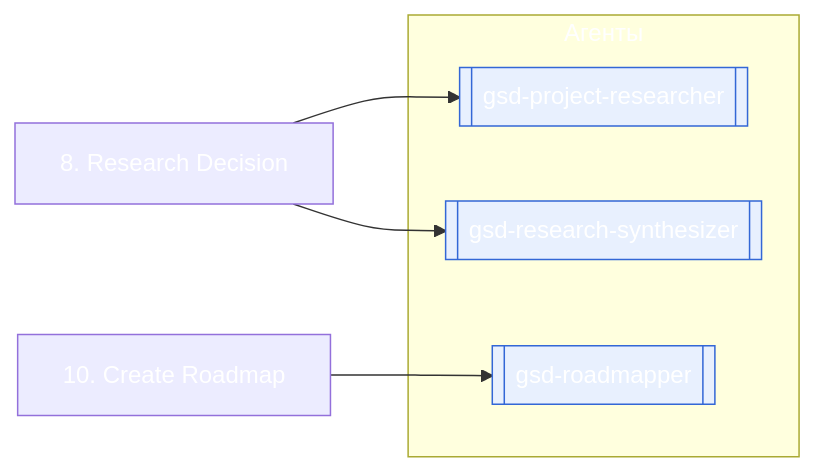
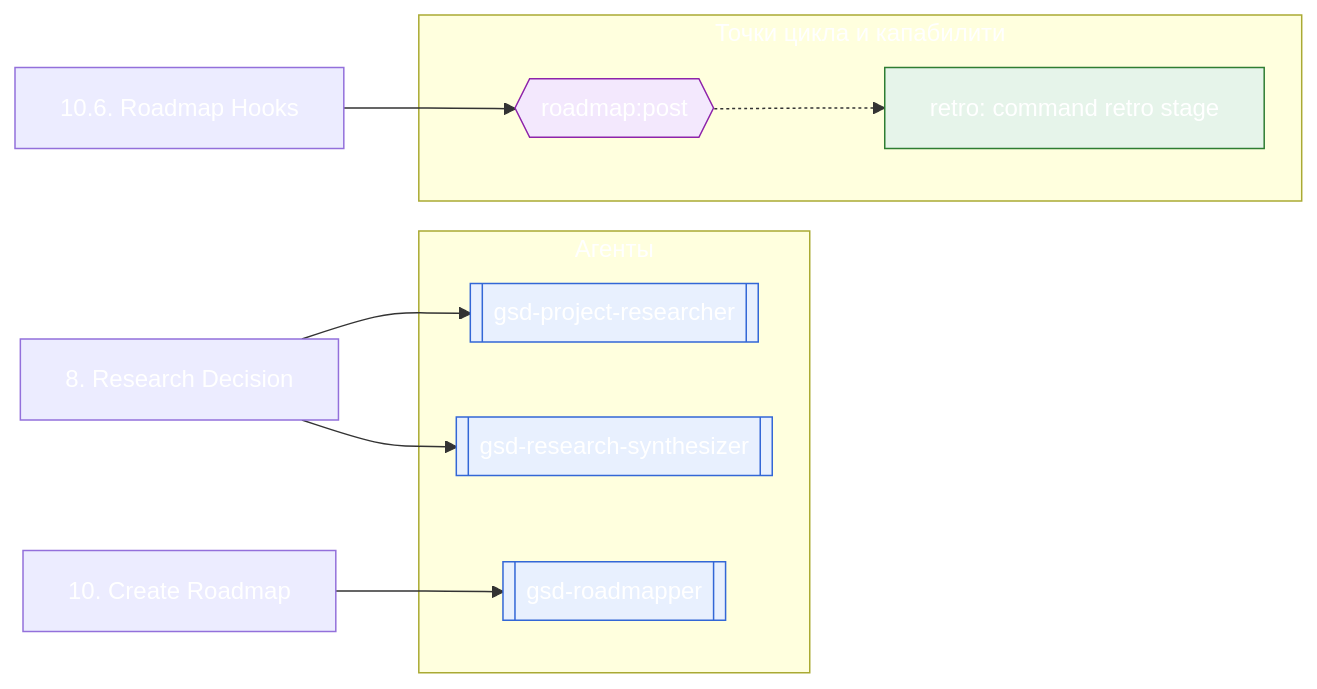
Before and after one commit to Govorin/gsd-core: the second of 2 diagrams in docs/reference/workflow-maps/new-milestone.md, drawn with Mermaid. The commit also changed other lines of this file and 7 other files, not shown here.

````diff
--- a/docs/reference/workflow-maps/new-milestone.md
+++ b/docs/reference/workflow-maps/new-milestone.md
@@ -90,23 +92,30 @@
 ```mermaid
 flowchart LR
   subgraph g_agents["Агенты"]
     a_gsd_project_researcher[["gsd-project-researcher"]]:::agent
     a_gsd_research_synthesizer[["gsd-research-synthesizer"]]:::agent
     a_gsd_roadmapper[["gsd-roadmapper"]]:::agent
   end
+  subgraph g_points["Точки цикла и капабилити"]
+    p_roadmap_post{{"roadmap#58;post"}}:::point
+    c_roadmap_post_retro_command_retro_stage["retro#58; command retro stage"]:::capability
+  end
   u_heading_8__Research_Decision["8. Research Decision"]
   u_heading_10__Create_Roadmap["10. Create Roadmap"]
+  u_heading_10_6__Roadmap_Hooks["10.6. Roadmap Hooks"]
   u_heading_8__Research_Decision --> a_gsd_project_researcher
   u_heading_8__Research_Decision --> a_gsd_research_synthesizer
   u_heading_10__Create_Roadmap --> a_gsd_roadmapper
+  p_roadmap_post -.-> c_roadmap_post_retro_command_retro_stage
+  u_heading_10_6__Roadmap_Hooks --> p_roadmap_post
   classDef missing fill:#fdecea,stroke:#d33,stroke-dasharray:4 3
   classDef unparsed fill:#f5f5f5,stroke:#999999,stroke-dasharray:4 3,color:#555
   classDef conditional fill:#fff8e1,stroke:#b28704
   classDef root fill:#263238,color:#ffffff,stroke:#263238
   classDef agent fill:#e8f0fe,stroke:#3367d6
   classDef builtin fill:#eeeeee,stroke:#777777
   classDef capability fill:#e6f4ea,stroke:#2e7d32
   classDef dynamic fill:#f2f2f2,stroke:#888,stroke-dasharray:2 2
   classDef point fill:#f3e8fd,stroke:#8e24aa
   classDef workflow fill:#ffffff,stroke:#555555
 ```
````
